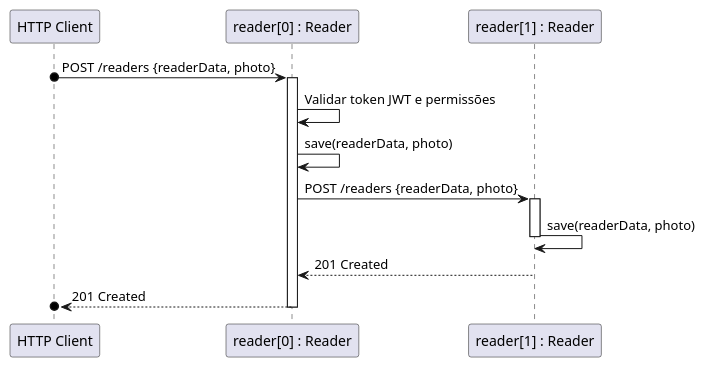
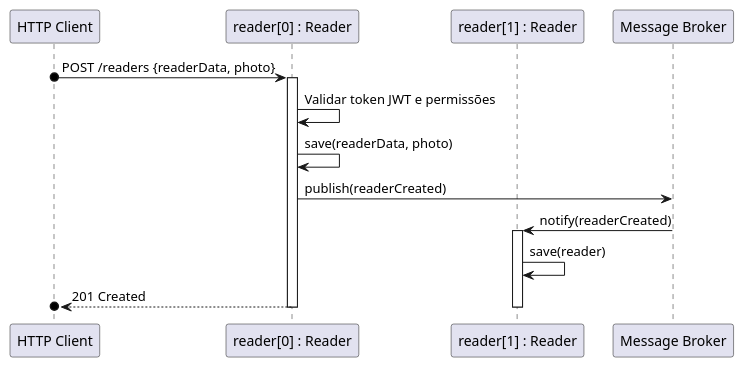
Before and after one commit to GitHubCatarina/SIDIS: the diagram in Docs/Design/Entrega2/Vistas de Processos/Nível 2/Comunicacao_1_Microservico.puml, drawn with PlantUML. The commit also changed 23 other files, not shown here.

```diff
--- a/Docs/Design/Entrega2/Vistas de Processos/Nível 2/Comunicacao_1_Microservico.puml
+++ b/Docs/Design/Entrega2/Vistas de Processos/Nível 2/Comunicacao_1_Microservico.puml
@@ -1,28 +1,32 @@
 @startuml
 ' Definindo os participantes
 participant "HTTP Client" as client
 participant "reader[0] : Reader" as reader0
 participant "reader[1] : Reader" as reader1
+participant "Message Broker" as mb
 
 ' O cliente faz uma requisição para criar um novo leitor
 client o-> reader0: POST /readers {readerData, photo}
 activate reader0
 
 ' O Reader Service valida o token e permissões localmente
 reader0 -> reader0: Validar token JWT e permissões
 
 ' Verifica as permissões e cria o leitor
 reader0 -> reader0: save(readerData, photo)
 
+reader0 -> mb: publish(readerCreated)
+
 ' Replicando dados para a outra instância (espelhamento)
-reader0 -> reader1: POST /readers {readerData, photo}
+mb -> reader1: notify(readerCreated)
 activate reader1
-reader1 -> reader1: save(readerData, photo)
-deactivate reader1
+reader1 -> reader1: save(reader)
+
 
 ' Responder ao cliente com sucesso final após a replicação
-reader1 --> reader0: 201 Created
+
+
 reader0 -->o client: 201 Created
-
+deactivate reader1
 deactivate reader0
 @enduml
```
